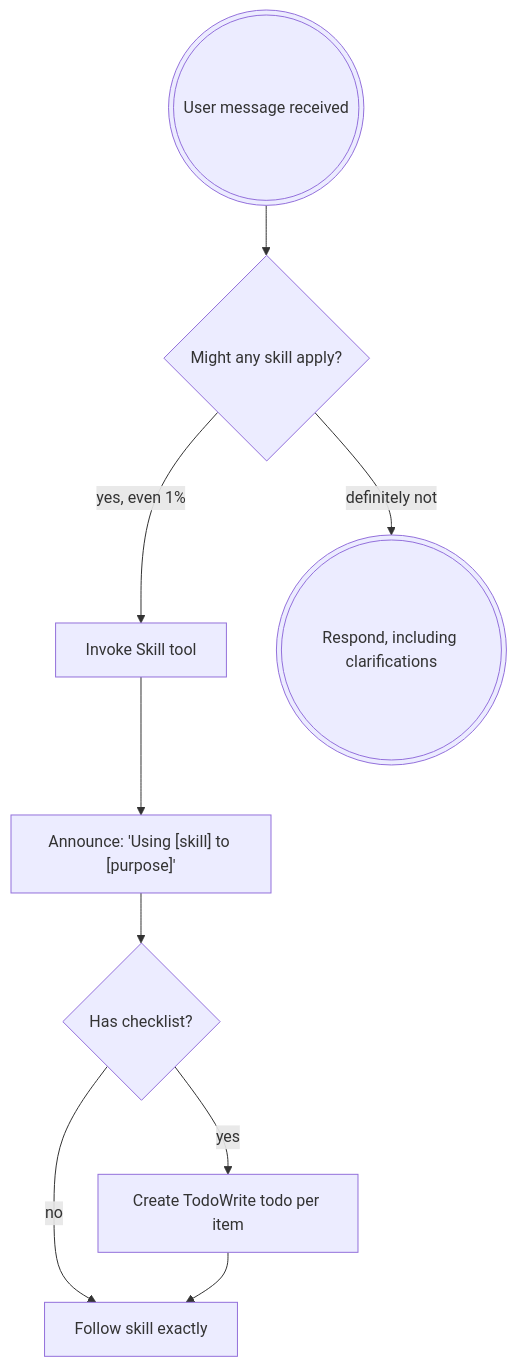
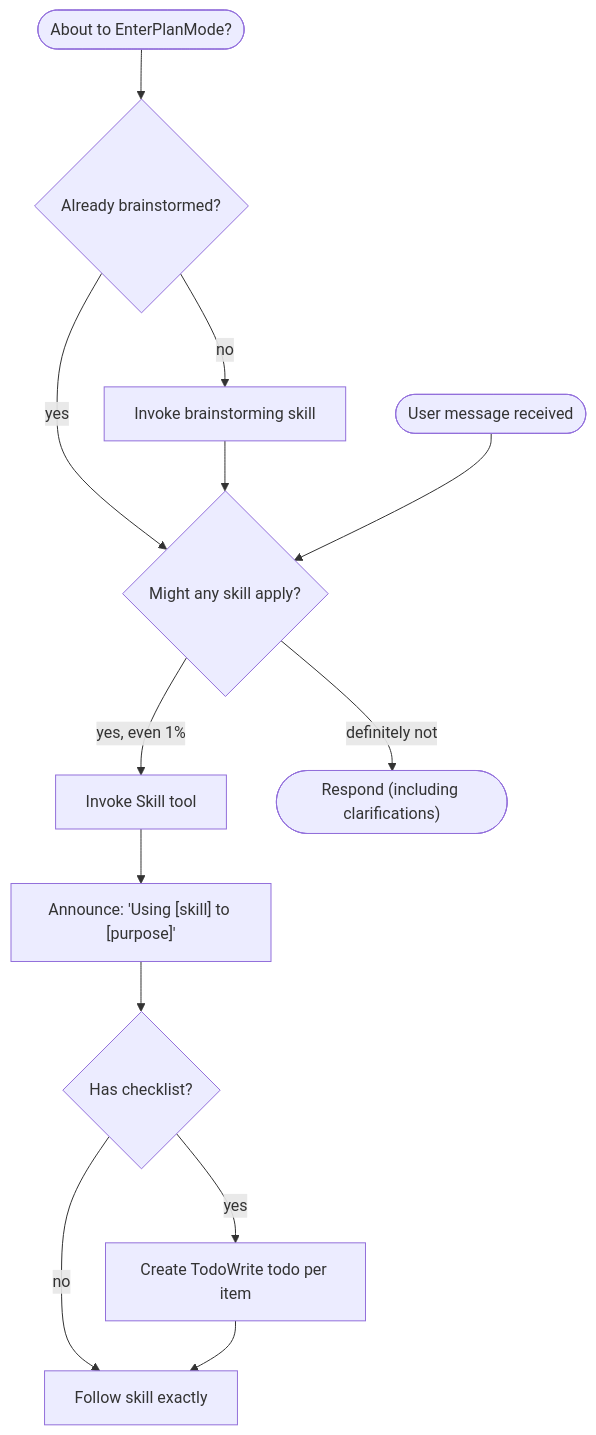
One commit to complexthings/superpowers changed the diagram in skills/meta/using-superpowers/SKILL.md. Above: the diagram before and after it, drawn with Mermaid. The commit also changed other lines of this file and 4 other files, not shown here.

````diff
--- a/skills/meta/using-superpowers/SKILL.md
+++ b/skills/meta/using-superpowers/SKILL.md
@@ -49,11 +26,28 @@
 ```mermaid
 flowchart TD
-    START(((User message received))) --> CHECK{Might any skill apply?}
-    CHECK -->|yes, even 1%| INVOKE[Invoke Skill tool]
-    CHECK -->|definitely not| RESPOND(((Respond, including clarifications)))
-    INVOKE --> ANNOUNCE["Announce: 'Using [skill] to [purpose]'"]
-    ANNOUNCE --> HAS{Has checklist?}
-    HAS -->|yes| TODO[Create TodoWrite todo per item]
-    HAS -->|no| FOLLOW[Follow skill exactly]
-    TODO --> FOLLOW
+    A(["User message received"])
+    B(["About to EnterPlanMode?"])
+    C{Already brainstormed?}
+    D[Invoke brainstorming skill]
+    E{Might any skill apply?}
+    F[Invoke Skill tool]
+    G["Announce: 'Using [skill] to [purpose]'"]
+    H{Has checklist?}
+    I[Create TodoWrite todo per item]
+    J[Follow skill exactly]
+    K(["Respond (including clarifications)"])
+
+    B --> C
+    C -->|no| D
+    C -->|yes| E
+    D --> E
+
+    A --> E
+    E -->|"yes, even 1%"| F
+    E -->|definitely not| K
+    F --> G
+    G --> H
+    H -->|yes| I
+    H -->|no| J
+    I --> J
 ```
````
